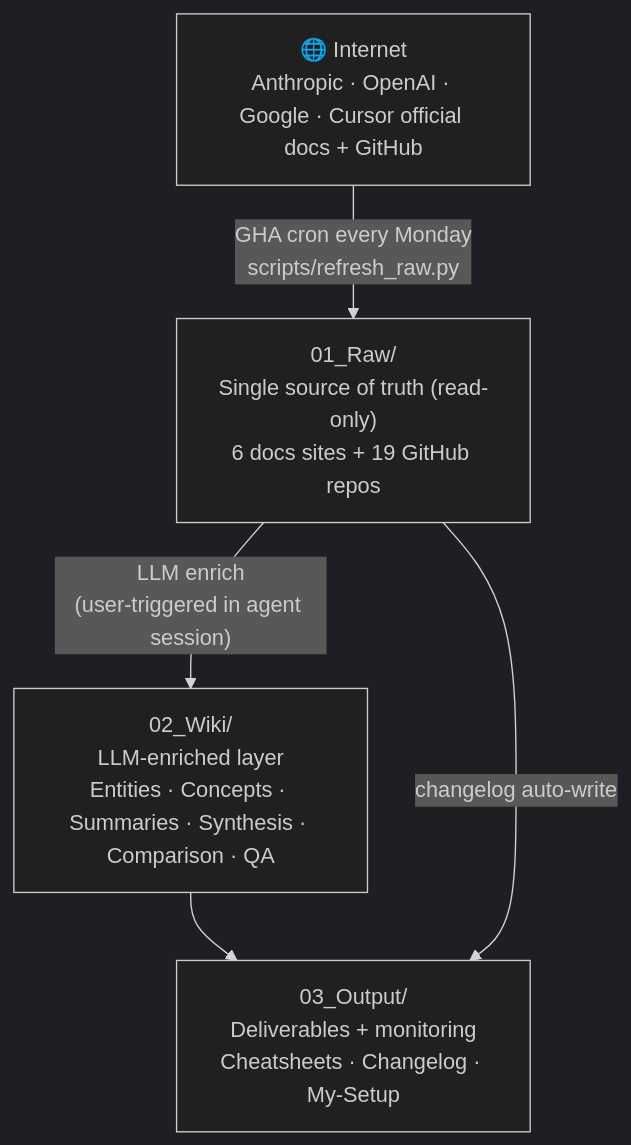
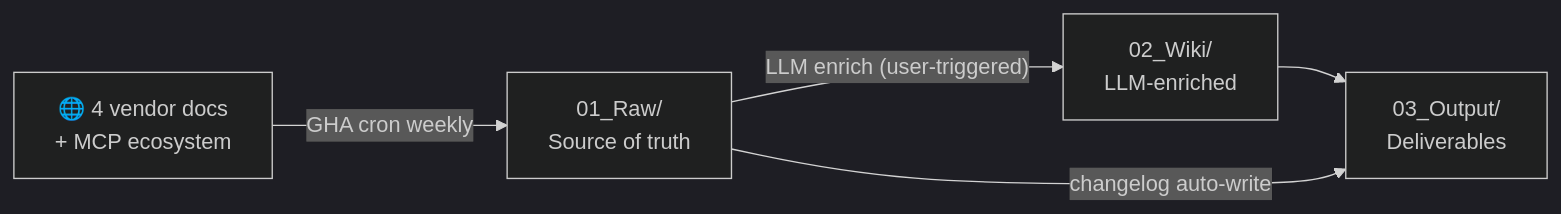
One commit to NickCollect/ai-coding-runbook changed the diagram in README.en.md. Above: the diagram before and after it, drawn with Mermaid (dark theme). The commit also changed other lines of this file and 5 other files, not shown here.

First line of the commit message:
docs: split README into landing + docs/ (ARCHITECTURE / INGEST_WORKFLOW / MAINTENANCE)

````diff
--- a/README.en.md
+++ b/README.en.md
@@ -154,12 +157,12 @@
 ```mermaid
-flowchart TB
-    Internet["🌐 Internet<br/>Anthropic · OpenAI · Google · Cursor official docs + GitHub"]
-    Raw["01_Raw/<br/>Single source of truth (read-only)<br/>6 docs sites + 19 GitHub repos"]
-    Wiki["02_Wiki/<br/>LLM-enriched layer<br/>Entities · Concepts · Summaries · Synthesis · Comparison · QA"]
-    Output["03_Output/<br/>Deliverables + monitoring<br/>Cheatsheets · Changelog · My-Setup"]
+flowchart LR
+    Internet["🌐 4 vendor docs<br/>+ MCP ecosystem"]
+    Raw["01_Raw/<br/>Source of truth"]
+    Wiki["02_Wiki/<br/>LLM-enriched"]
+    Output["03_Output/<br/>Deliverables"]
 
-    Internet -->|"GHA cron every Monday<br/>scripts/refresh_raw.py"| Raw
-    Raw -->|"LLM enrich<br/>(user-triggered in agent session)"| Wiki
+    Internet -->|"GHA cron weekly"| Raw
+    Raw -->|"LLM enrich (user-triggered)"| Wiki
     Wiki --> Output
     Raw -->|"changelog auto-write"| Output
 ```
````
